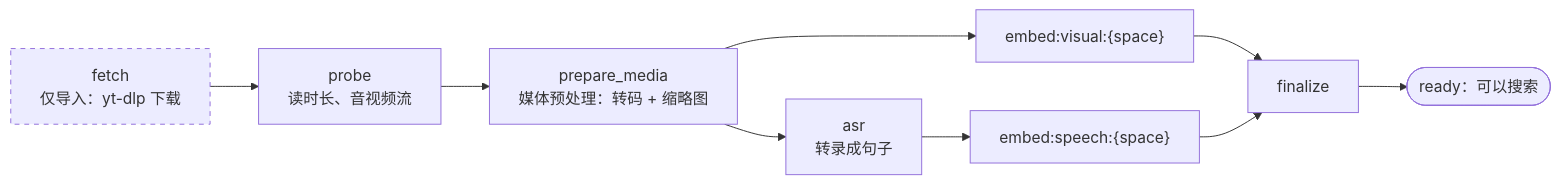
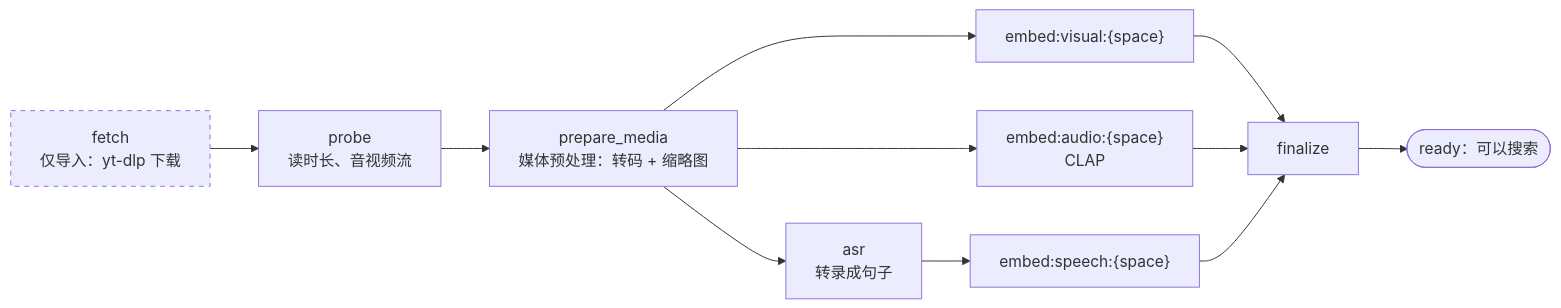
One commit to realOzine/videohelper changed the seventh of 17 diagrams in docs/design.md. Above: the diagram before and after it, drawn with Mermaid. The commit also changed other lines of this file and 4 other files, not shown here.

Commit message:
Document CLAP audio retrieval and existing video backfill

````diff
--- a/docs/design.md
+++ b/docs/design.md
@@ -408,12 +408,14 @@
 ```mermaid
 flowchart LR
   F["fetch<br/>仅导入：yt-dlp 下载"]:::opt --> PR["probe<br/>读时长、音视频流"]
   PR --> PM["prepare_media<br/>媒体预处理：转码 + 缩略图"]
   PM --> V["embed:visual:{space}"]
+  PM --> AU["embed:audio:{space}<br/>CLAP"]
   PM --> ASR["asr<br/>转录成句子"]
   ASR --> SP["embed:speech:{space}"]
   V --> FIN["finalize"]
+  AU --> FIN
   SP --> FIN
   FIN --> RDY(["ready：可以搜索"])
   classDef opt stroke-dasharray: 5 5
 ```
````
